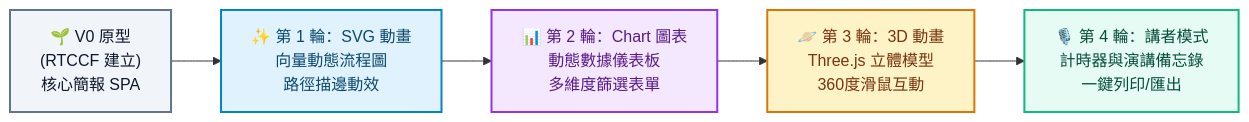
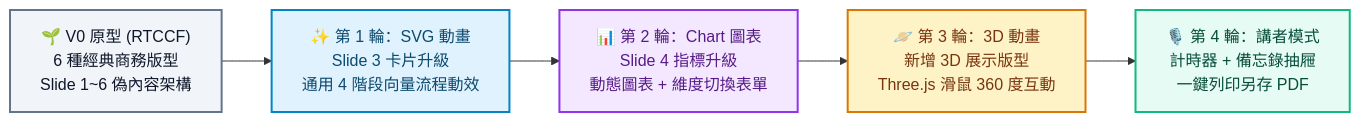
One commit to roberthsu2003/vibe_coding changed the diagram in AIFirst實作課程/建立線上簡報網頁/README.md. Above: the diagram before and after it, drawn with Mermaid. The commit also changed other lines of this file, not shown here.

````diff
--- a/AIFirst實作課程/建立線上簡報網頁/README.md
+++ b/AIFirst實作課程/建立線上簡報網頁/README.md
@@ -86,14 +113,14 @@
 ```mermaid
 flowchart LR
-    V0["🌱 V0 原型<br/>(RTCCF 建立)<br/>核心簡報 SPA"] 
-    --> V1["✨ 第 1 輪：SVG 動畫<br/>向量動態流程圖<br/>路徑描邊動效"]
-    --> V2["📊 第 2 輪：Chart 圖表<br/>動態數據儀表板<br/>多維度篩選表單"]
-    --> V3["🪐 第 3 輪：3D 動畫<br/>Three.js 立體模型<br/>360度滑鼠互動"]
-    --> V4["🎙️ 第 4 輪：講者模式<br/>計時器與演講備忘錄<br/>一鍵列印/匯出"]
+    V0["🌱 V0 原型 (RTCCF)<br/>6 種經典商務版型<br/>Slide 1~6 偽內容架構"] 
+    --> V1["✨ 第 1 輪：SVG 動畫<br/>Slide 3 卡片升級<br/>通用 4 階段向量流程動效"]
+    --> V2["📊 第 2 輪：Chart 圖表<br/>Slide 4 指標升級<br/>動態圖表 + 維度切換表單"]
+    --> V3["🪐 第 3 輪：3D 動畫<br/>新增 3D 展示版型<br/>Three.js 滑鼠 360 度互動"]
+    --> V4["🎙️ 第 4 輪：講者模式<br/>計時器 + 備忘錄抽屜<br/>一鍵列印另存 PDF"]
 
     style V0 fill:#f1f5f9,stroke:#64748b,stroke-width:2px,color:#0f172a
     style V1 fill:#e0f2fe,stroke:#0284c7,stroke-width:2px,color:#0c4a6e
     style V2 fill:#f3e8ff,stroke:#9333ea,stroke-width:2px,color:#581c87
     style V3 fill:#fef3c7,stroke:#d97706,stroke-width:2px,color:#78350f
     style V4 fill:#e6fbf3,stroke:#10b981,stroke-width:2px,color:#064e3b
 ```
````
